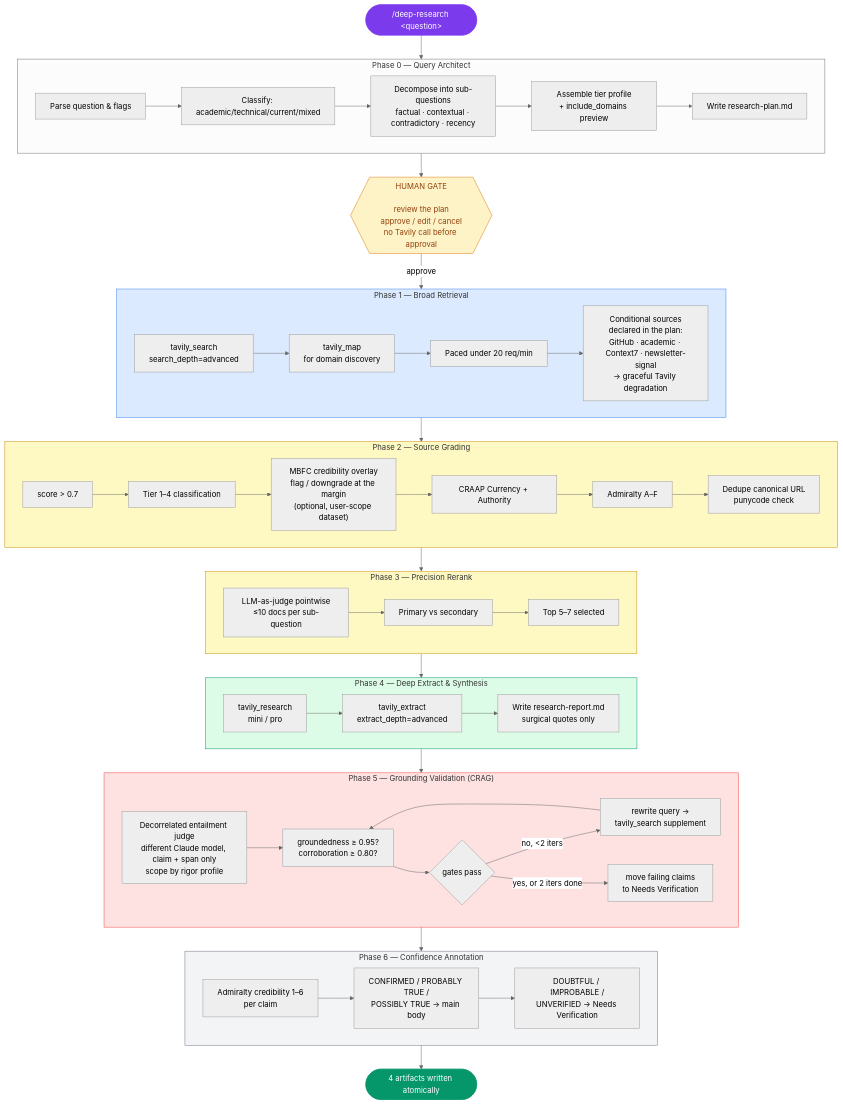
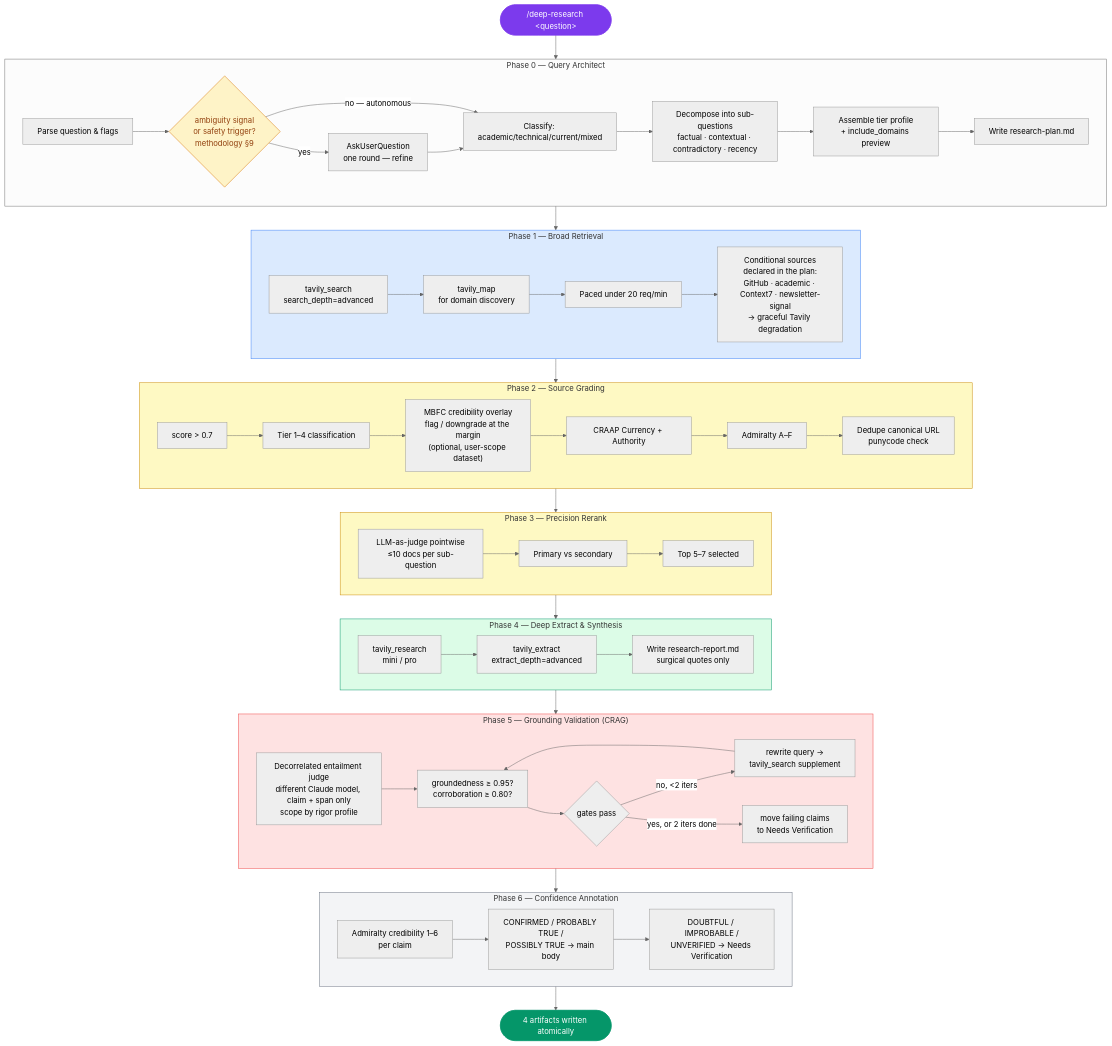
Before and after one commit to hashbulla/deep-research: the first of 3 diagrams in README.md, drawn with Mermaid (neutral theme). The commit also changed other lines of this file and 17 other files, not shown here.

````diff
--- a/README.md
+++ b/README.md
@@ -168,81 +168,81 @@
 ```mermaid
 flowchart TD
     Start(["/deep-research &lt;question&gt;"]) --> P0
 
     subgraph P0["Phase 0 — Query Architect"]
-        B1[Parse question & flags] --> B2[Classify: academic/technical/current/mixed]
+        B1[Parse question & flags] --> RF{"ambiguity signal<br/>or safety trigger?<br/>methodology §9"}
+        RF -- "yes" --> ASK["AskUserQuestion<br/>one round — refine"]
+        RF -- "no — autonomous" --> B2[Classify: academic/technical/current/mixed]
+        ASK --> B2
         B2 --> B3[Decompose into sub-questions<br/>factual · contextual · contradictory · recency]
         B3 --> B4[Assemble tier profile<br/>+ include_domains preview]
         B4 --> B5[Write research-plan.md]
     end
 
-    P0 --> G1
-
-    G1{{"HUMAN GATE\n\nreview the plan\napprove / edit / cancel\nno Tavily call before approval"}}
-    G1 -- "approve" --> P1
+    P0 --> P1
 
     subgraph P1["Phase 1 — Broad Retrieval"]
         direction LR
         R1["tavily_search<br/>search_depth=advanced"] --> R2["tavily_map<br/>for domain discovery"]
         R2 --> R3["Paced under 20 req/min"]
         R3 --> R4["Conditional sources<br/>declared in the plan:<br/>GitHub · academic · Context7 · newsletter-signal<br/>→ graceful Tavily degradation"]
     end
 
     P1 --> P2
 
     subgraph P2["Phase 2 — Source Grading"]
         direction LR
         S1["score &gt; 0.7"] --> S2["Tier 1–4 classification"]
         S2 --> S2b["MBFC credibility overlay<br/>flag / downgrade at the margin<br/>(optional, user-scope dataset)"]
         S2b --> S3["CRAAP Currency + Authority"]
         S3 --> S4["Admiralty A–F"]
         S4 --> S5["Dedupe canonical URL<br/>punycode check"]
     end
 
     P2 --> P3
 
     subgraph P3["Phase 3 — Precision Rerank"]
         direction LR
         J1["LLM-as-judge pointwise<br/>≤10 docs per sub-question"] --> J2["Primary vs secondary"]
         J2 --> J3["Top 5–7 selected"]
     end
 
     P3 --> P4
 
     subgraph P4["Phase 4 — Deep Extract & Synthesis"]
         direction LR
         E1["tavily_research<br/>mini / pro"] --> E2["tavily_extract<br/>extract_depth=advanced"]
         E2 --> E3["Write research-report.md<br/>surgical quotes only"]
     end
 
     P4 --> P5
 
     subgraph P5["Phase 5 — Grounding Validation (CRAG)"]
         direction LR
         C0["Decorrelated entailment judge<br/>different Claude model, claim + span only<br/>scope by rigor profile"] --> C1["groundedness ≥ 0.95?<br/>corroboration ≥ 0.80?"]
         C1 --> C2{gates pass}
         C2 -- "no, &lt;2 iters" --> Req["rewrite query →<br/>tavily_search supplement"]
         Req --> C1
         C2 -- "yes, or 2 iters done" --> C3["move failing claims<br/>to Needs Verification"]
     end
 
     P5 --> P6
 
     subgraph P6["Phase 6 — Confidence Annotation"]
         direction LR
         Z1["Admiralty credibility 1–6<br/>per claim"] --> Z2["CONFIRMED / PROBABLY TRUE /<br/>POSSIBLY TRUE → main body"]
         Z2 --> Z3["DOUBTFUL / IMPROBABLE /<br/>UNVERIFIED → Needs Verification"]
     end
 
     P6 --> Done(["4 artifacts written atomically"])
 
-    style G1 fill:#FEF3C7,stroke:#D97706,color:#92400E
+    style RF fill:#FEF3C7,stroke:#D97706,color:#92400E
     style P1 fill:#DBEAFE,stroke:#3B82F6
     style P2 fill:#FEF9C3,stroke:#CA8A04
     style P3 fill:#FEF9C3,stroke:#CA8A04
     style P4 fill:#DCFCE7,stroke:#059669
     style P5 fill:#FEE2E2,stroke:#EF4444
     style P6 fill:#F3F4F6,stroke:#6B7280
     style Start fill:#7C3AED,stroke:#7C3AED,color:#fff
     style Done fill:#059669,stroke:#059669,color:#fff
 ```
````
